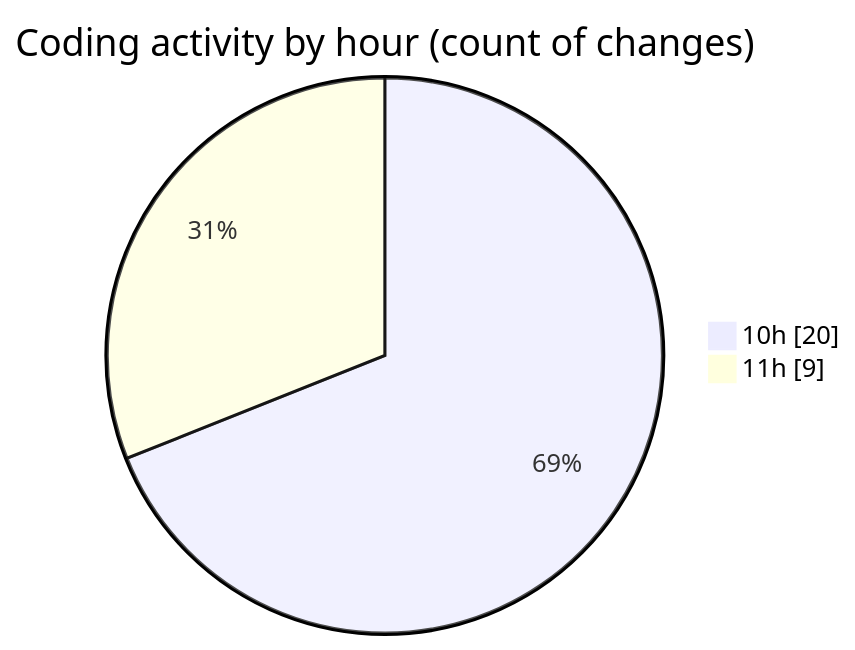
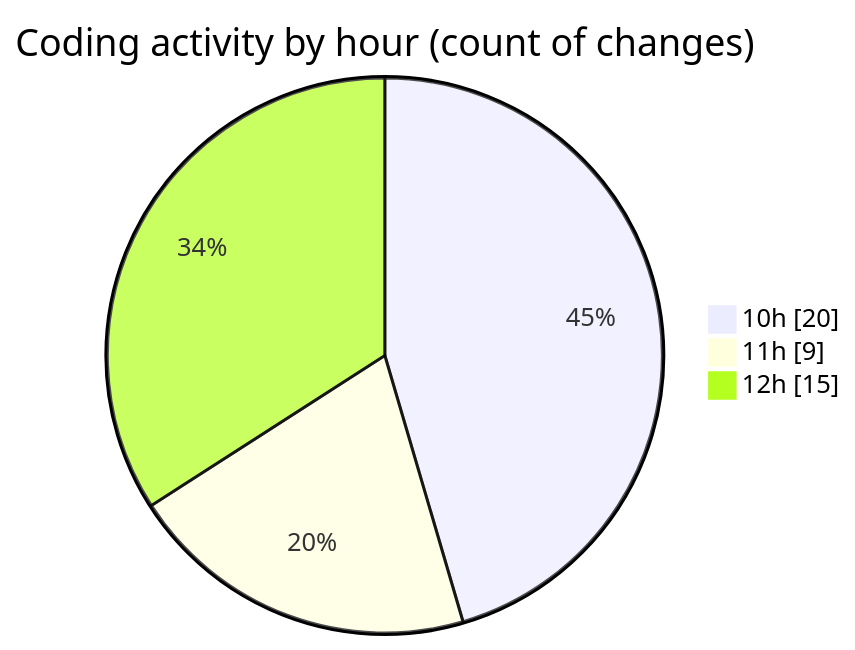
The second of 2 diagrams in 2026-02-20/nxtqube_webapp/README.md (nxtqubesakshisongat/code-tracking), drawn with Mermaid before and after one commit. The commit also changed other lines of this file and 1 other file, not shown here.

````diff
--- a/2026-02-20/nxtqube_webapp/README.md
+++ b/2026-02-20/nxtqube_webapp/README.md
@@ -38,6 +40,7 @@
 ```mermaid
 pie showData
 title Coding activity by hour (count of changes)
 "10h" : 20
 "11h" : 9
+"12h" : 15
 ```
````
